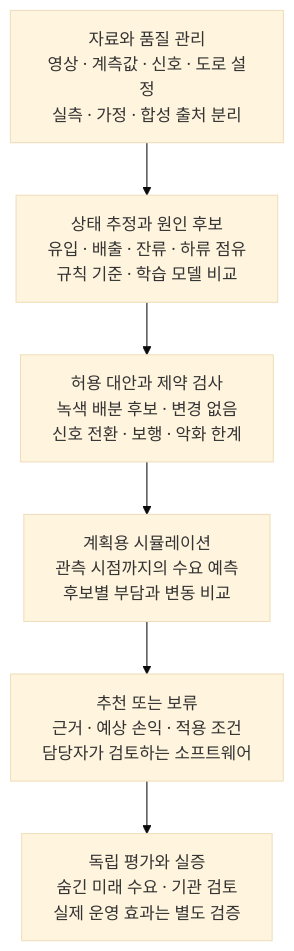
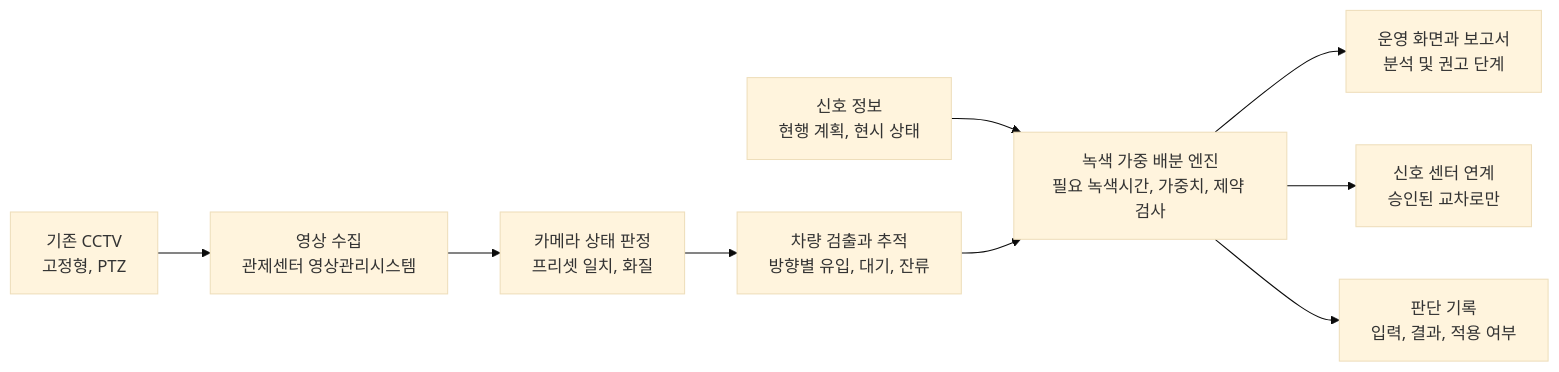
Before and after one commit to ukj-luke/sisilji_traffic: the diagram in README.md, drawn with Mermaid (base theme). The commit also changed other lines of this file, not shown here.

First line of the commit message:
docs: README를 CCTV 영상 기반 녹색신호 가중 배분 기획서로 재작성

````diff
--- a/README.md
+++ b/README.md
@@ -147,10 +147,11 @@
 ```mermaid
-flowchart TB
-    A["자료와 품질 관리<br/>영상 · 계측값 · 신호 · 도로 설정<br/>실측 · 가정 · 합성 출처 분리"]
-    B["상태 추정과 원인 후보<br/>유입 · 배출 · 잔류 · 하류 점유<br/>규칙 기준 · 학습 모델 비교"]
-    C["허용 대안과 제약 검사<br/>녹색 배분 후보 · 변경 없음<br/>신호 전환 · 보행 · 악화 한계"]
-    D["계획용 시뮬레이션<br/>관측 시점까지의 수요 예측<br/>후보별 부담과 변동 비교"]
-    E["추천 또는 보류<br/>근거 · 예상 손익 · 적용 조건<br/>담당자가 검토하는 소프트웨어"]
-    F["독립 평가와 실증<br/>숨긴 미래 수요 · 기관 검토<br/>실제 운영 효과는 별도 검증"]
-    A --> B --> C --> D --> E --> F
+flowchart LR
+    A["기존 CCTV<br/>고정형, PTZ"] --> B["영상 수집<br/>관제센터 영상관리시스템"]
+    B --> C["카메라 상태 판정<br/>프리셋 일치, 화질"]
+    C --> D["차량 검출과 추적<br/>방향별 유입, 대기, 잔류"]
+    S["신호 정보<br/>현행 계획, 현시 상태"] --> E
+    D --> E["녹색 가중 배분 엔진<br/>필요 녹색시간, 가중치, 제약 검사"]
+    E --> F["운영 화면과 보고서<br/>분석 및 권고 단계"]
+    E --> G["신호 센터 연계<br/>승인된 교차로만"]
+    E --> H["판단 기록<br/>입력, 결과, 적용 여부"]
 ```
````
